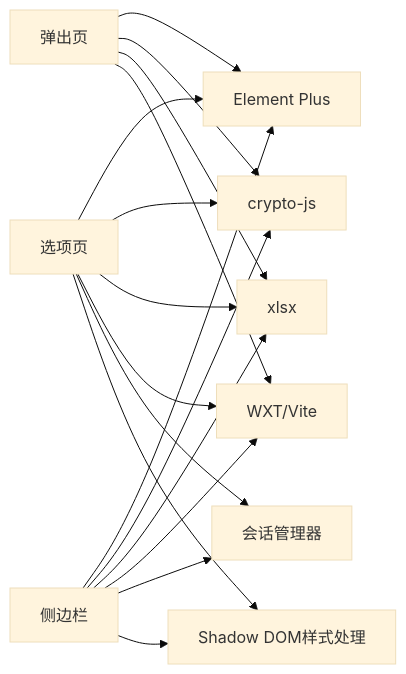
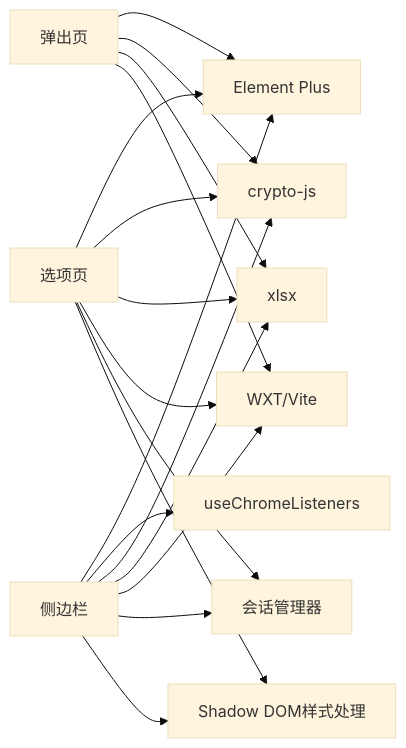
Before and after one commit to liaolongdong/account-password-helper: the seventh of 7 diagrams in .qoder/repowiki/zh/content/用户界面组件/用户界面组件.md, drawn with Mermaid (base theme). The commit also changed other lines of this file and 4 other files, not shown here.

````diff
--- a/.qoder/repowiki/zh/content/用户界面组件/用户界面组件.md
+++ b/.qoder/repowiki/zh/content/用户界面组件/用户界面组件.md
@@ -435,19 +533,20 @@
 ```mermaid
 graph LR
 Options["选项页"] --> EPlus["Element Plus"]
 Popup["弹出页"] --> EPlus
 SidePanel["侧边栏"] --> EPlus
+SidePanel --> ChromeListeners["useChromeListeners"]
 Options --> Crypto["crypto-js"]
 SidePanel --> Crypto
 Popup --> Crypto
 Options --> XLSX["xlsx"]
 SidePanel --> XLSX
 Popup --> XLSX
 Options --> WXT["WXT/Vite"]
 Popup --> WXT
 SidePanel --> WXT
 Options --> SessionMgr["会话管理器"]
 SidePanel --> SessionMgr
 Options --> ShadowDom["Shadow DOM样式处理"]
 SidePanel --> ShadowDom
 ```
````
